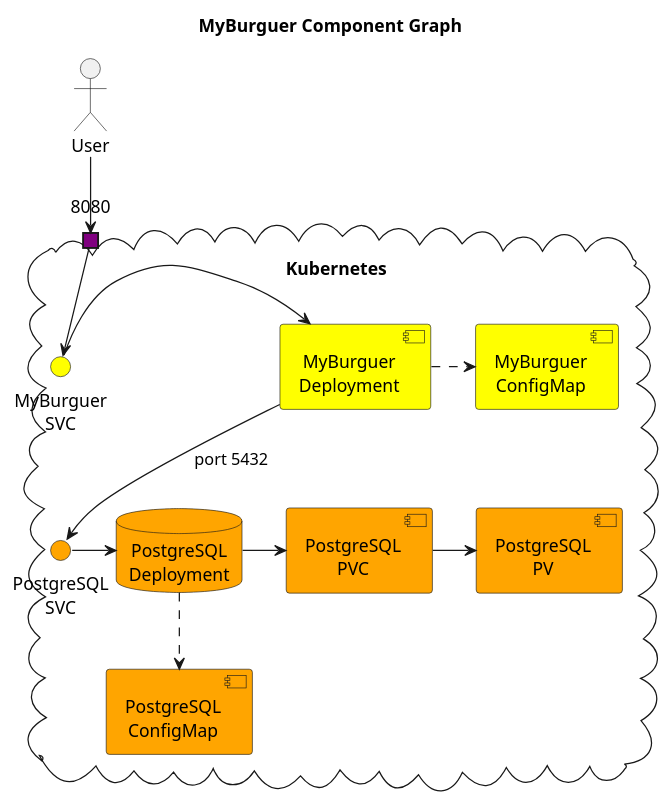
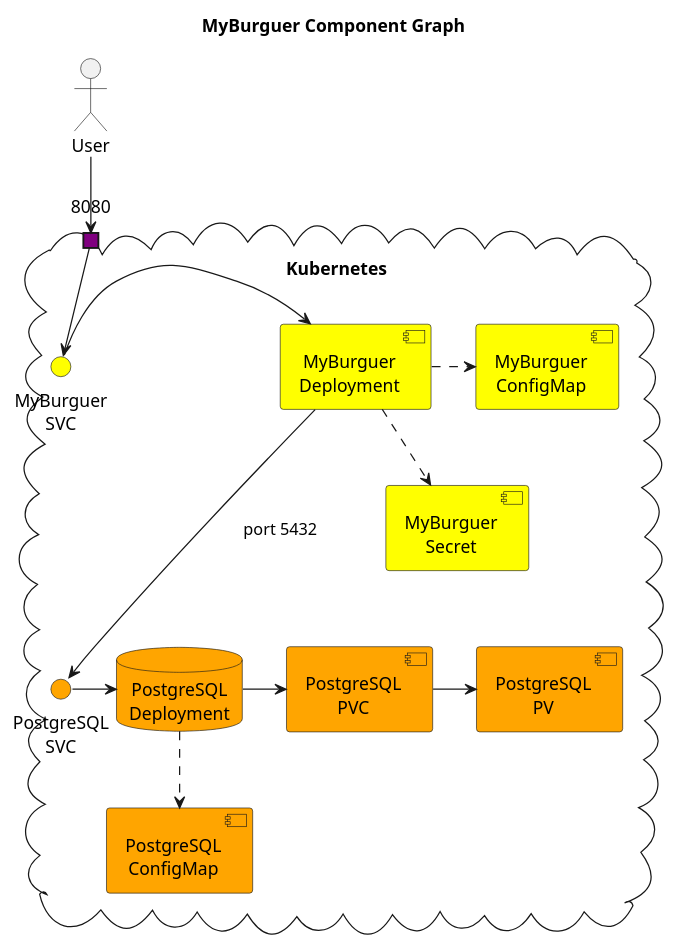
Before and after one commit to FIAP-SOAT7-2024-GP-Kotlin/myburgercontrol-clean-arch: the diagram in doc/myburguer-arch.puml, drawn with PlantUML. The commit also changed 182 other files, not shown here.

```diff
--- a/doc/myburguer-arch.puml
+++ b/doc/myburguer-arch.puml
@@ -1,38 +1,41 @@
 @startuml myburguer-component
 skinparam componentstyle uml2
 title "MyBurguer Component Graph"
 
 <style>
 title {HorizontalAlignment center}
 </style>
 
 actor User as user
 
 cloud Kubernetes {
     interface "MyBurguer\nSVC" as mbService #Yellow
     component "MyBurguer\nDeployment" as mbDeployment #Yellow
     component "MyBurguer\nConfigMap" as mbConfig #Yellow
+    component "MyBurguer\nSecret" as mbSecret #Yellow
     port "8080" as p8080 #Purple
 
     p8080 -r-> mbService
     mbService -r-> mbDeployment
-    mbDeployment .r.>mbConfig
+    mbDeployment .r.> mbConfig
+    mbDeployment .r.> mbSecret
+    mbConfig .d[hidden].> mbSecret
 
     interface "PostgreSQL\nSVC" as postgresService #Orange
     database "PostgreSQL\nDeployment" as postgresDeployment #Orange
     component "PostgreSQL\nPVC" as postgresPVC #Orange
     component "PostgreSQL\nPV" as postgresPV #Orange
     component "PostgreSQL\nConfigMap" as postgresConfig #Orange
 
     postgresService -r-> postgresDeployment
     postgresDeployment -r-> postgresPVC
     postgresPVC -r-> postgresPV
     postgresDeployment .d.> postgresConfig
 
-    mbDeployment -d-> postgresService : port 5432
+    mbDeployment -d--> postgresService : port 5432
 }
 
 user --> p8080
 
 
 @enduml
```
